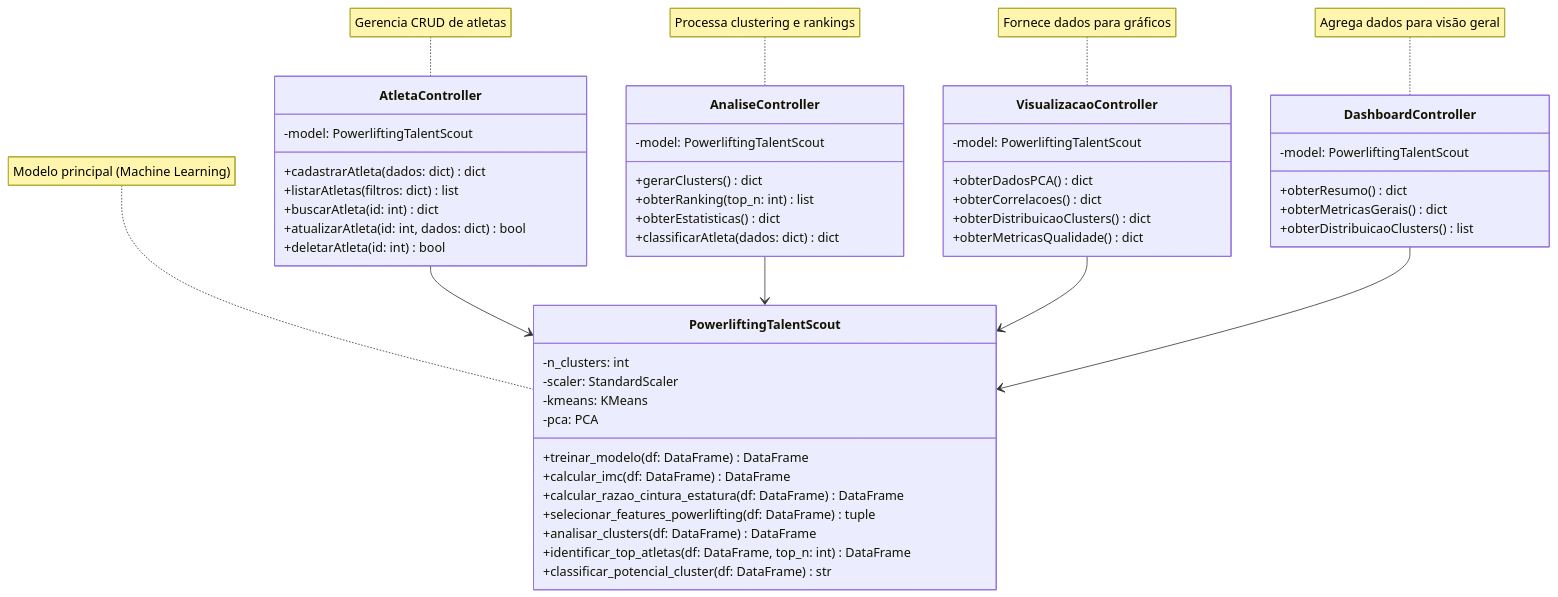
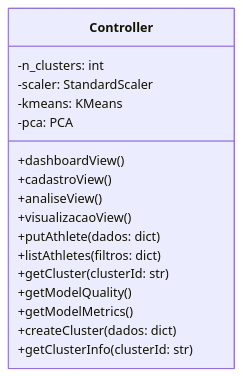
One commit to LeoGotardo/phisics changed the diagram in docs/classDiagram.mmd. Above: the diagram before and after it, drawn with Mermaid. The commit also changed 1028 other files, not shown here.

```diff
--- a/docs/classDiagram.mmd
+++ b/docs/classDiagram.mmd
@@ -1,57 +1,18 @@
 classDiagram
-    class AtletaController {
-        -model: PowerliftingTalentScout
-        +cadastrarAtleta(dados: dict) dict
-        +listarAtletas(filtros: dict) list
-        +buscarAtleta(id: int) dict
-        +atualizarAtleta(id: int, dados: dict) bool
-        +deletarAtleta(id: int) bool
-    }
-
-    class AnaliseController {
-        -model: PowerliftingTalentScout
-        +gerarClusters() dict
-        +obterRanking(top_n: int) list
-        +obterEstatisticas() dict
-        +classificarAtleta(dados: dict) dict
-    }
-
-    class VisualizacaoController {
-        -model: PowerliftingTalentScout
-        +obterDadosPCA() dict
-        +obterCorrelacoes() dict
-        +obterDistribuicaoClusters() dict
-        +obterMetricasQualidade() dict
-    }
-
-    class DashboardController {
-        -model: PowerliftingTalentScout
-        +obterResumo() dict
-        +obterMetricasGerais() dict
-        +obterDistribuicaoClusters() list
-    }
-
-    class PowerliftingTalentScout {
+    class Controller {
         -n_clusters: int
         -scaler: StandardScaler
         -kmeans: KMeans
         -pca: PCA
-        +treinar_modelo(df: DataFrame) DataFrame
-        +calcular_imc(df: DataFrame) DataFrame
-        +calcular_razao_cintura_estatura(df: DataFrame) DataFrame
-        +selecionar_features_powerlifting(df: DataFrame) tuple
-        +analisar_clusters(df: DataFrame) DataFrame
-        +identificar_top_atletas(df: DataFrame, top_n: int) DataFrame
-        +classificar_potencial_cluster(df: DataFrame) str
+        +dashboardView()
+        +cadastroView()
+        +analiseView()
+        +visualizacaoView()
+        +putAthlete(dados: dict)
+        +listAthletes(filtros: dict)
+        +getCluster(clusterId: str)
+        +getModelQuality()
+        +getModelMetrics()
+        +createCluster(dados: dict)
+        +getClusterInfo(clusterId: str)
     }
-
-    AtletaController --> PowerliftingTalentScout
-    AnaliseController --> PowerliftingTalentScout
-    VisualizacaoController --> PowerliftingTalentScout
-    DashboardController --> PowerliftingTalentScout
-
-    note for AtletaController "Gerencia CRUD de atletas"
-    note for AnaliseController "Processa clustering e rankings"
-    note for VisualizacaoController "Fornece dados para gráficos"
-    note for DashboardController "Agrega dados para visão geral"
-    note for PowerliftingTalentScout "Modelo principal (Machine Learning)"
```
